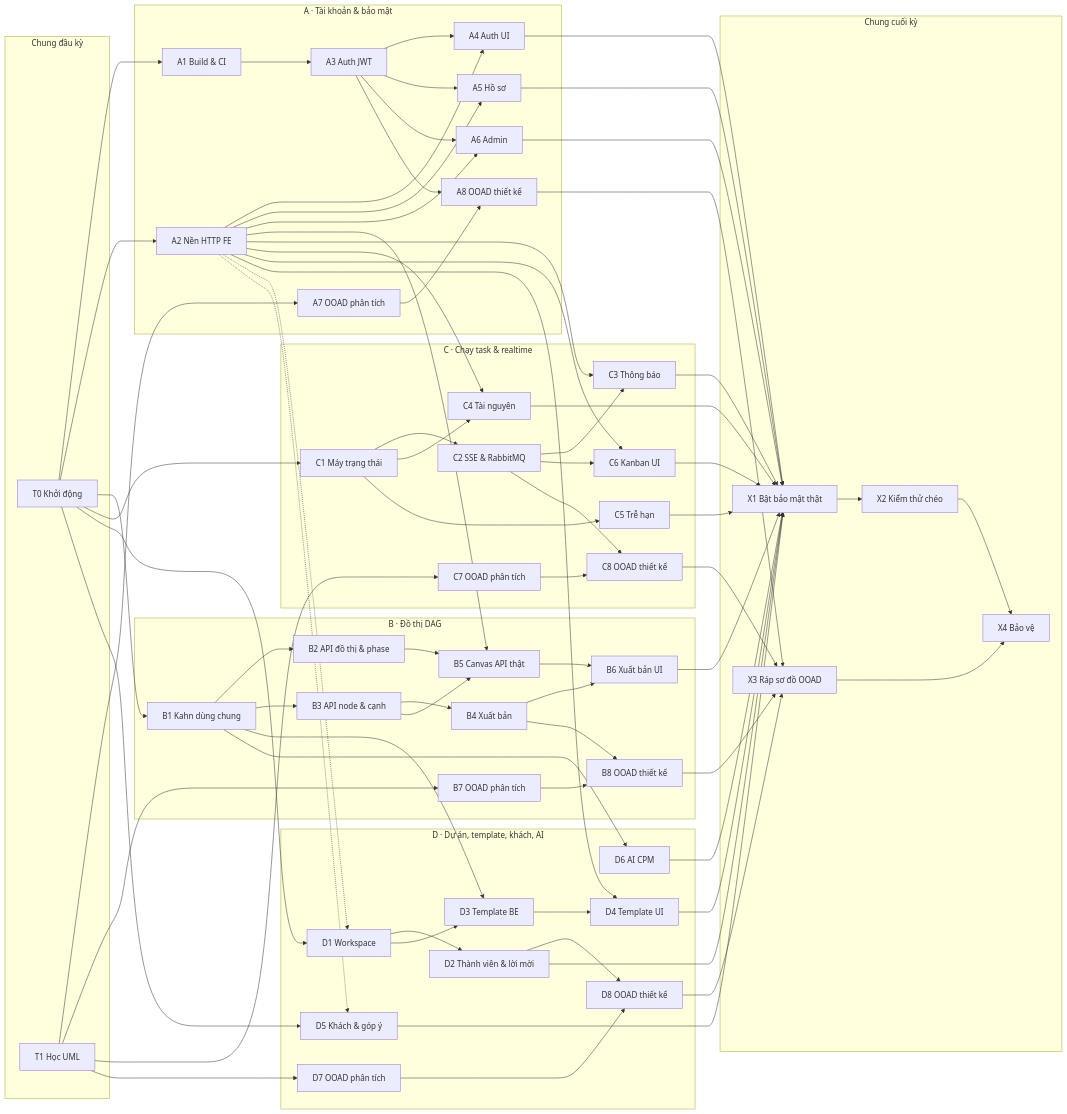
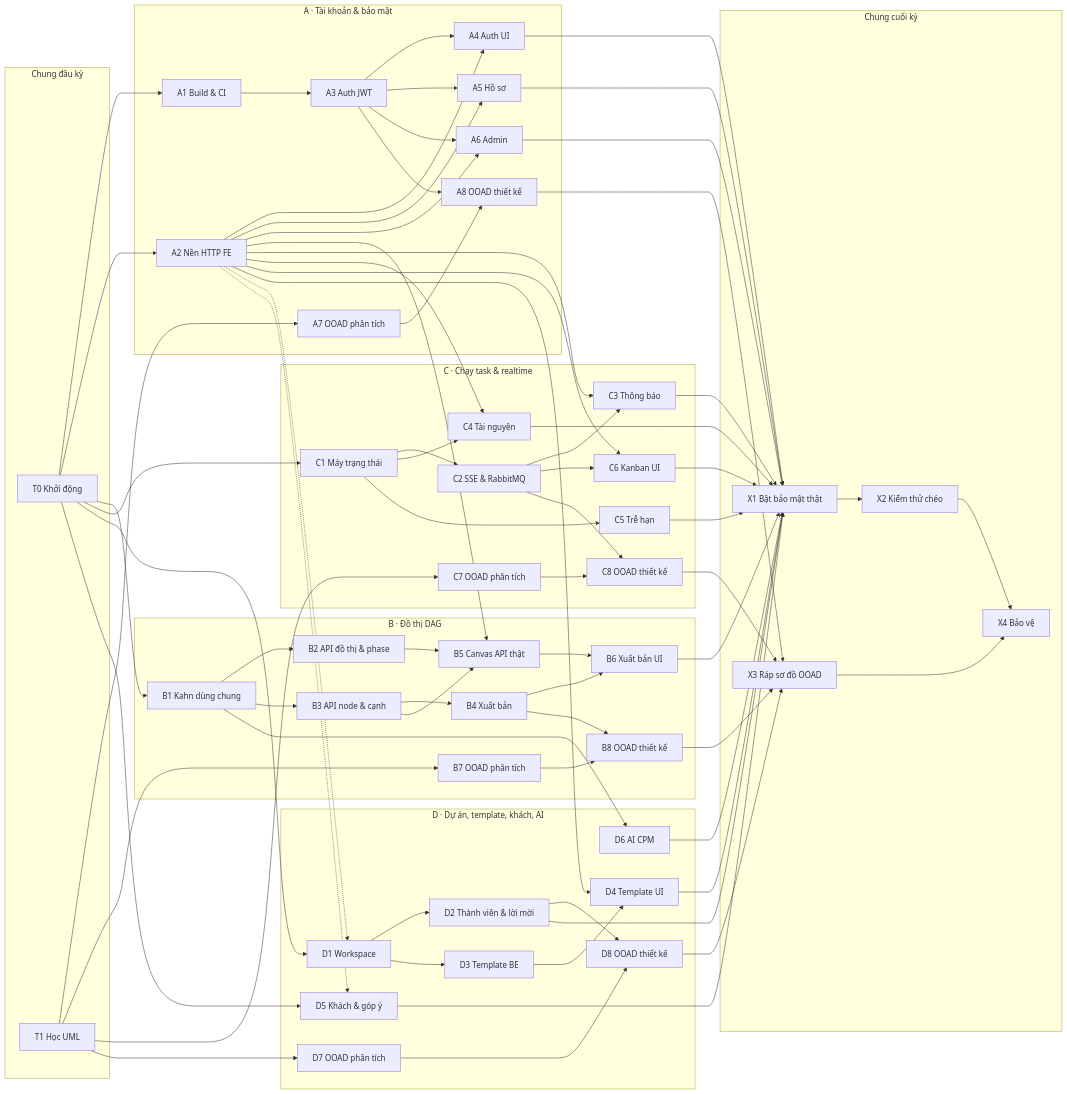
Before and after one commit to ThanhThien-coder/Workflow-Pipeline-Engine: the diagram in docs/tasks/README.md, drawn with Mermaid. The commit also changed other lines of this file and 5 other files, not shown here.

````diff
--- a/docs/tasks/README.md
+++ b/docs/tasks/README.md
@@ -98,78 +98,78 @@
 ```mermaid
 flowchart LR
   subgraph CHUNG["Chung đầu kỳ"]
     T0["T0 Khởi động"]
     T1["T1 Học UML"]
   end
   subgraph SA["A · Tài khoản & bảo mật"]
     A1["A1 Build & CI"]
     A2["A2 Nền HTTP FE"]
     A3["A3 Auth JWT"]
     A4["A4 Auth UI"]
     A5["A5 Hồ sơ"]
     A6["A6 Admin"]
     A7["A7 OOAD phân tích"]
     A8["A8 OOAD thiết kế"]
   end
   subgraph SB["B · Đồ thị DAG"]
     B1["B1 Kahn dùng chung"]
     B2["B2 API đồ thị & phase"]
     B3["B3 API node & cạnh"]
     B4["B4 Xuất bản"]
     B5["B5 Canvas API thật"]
     B6["B6 Xuất bản UI"]
     B7["B7 OOAD phân tích"]
     B8["B8 OOAD thiết kế"]
   end
   subgraph SC["C · Chạy task & realtime"]
     C1["C1 Máy trạng thái"]
     C2["C2 SSE & RabbitMQ"]
     C3["C3 Thông báo"]
     C4["C4 Tài nguyên"]
     C5["C5 Trễ hạn"]
     C6["C6 Kanban UI"]
     C7["C7 OOAD phân tích"]
     C8["C8 OOAD thiết kế"]
   end
   subgraph SD["D · Dự án, template, khách, AI"]
     D1["D1 Workspace"]
     D2["D2 Thành viên & lời mời"]
     D3["D3 Template BE"]
     D4["D4 Template UI"]
     D5["D5 Khách & góp ý"]
     D6["D6 AI CPM"]
     D7["D7 OOAD phân tích"]
     D8["D8 OOAD thiết kế"]
   end
   subgraph CUOI["Chung cuối kỳ"]
     X1["X1 Bật bảo mật thật"]
     X2["X2 Kiểm thử chéo"]
     X3["X3 Ráp sơ đồ OOAD"]
     X4["X4 Bảo vệ"]
   end
 
   T0 --> A1 & A2 & B1 & C1 & D1 & D5
   T1 --> A7 & B7 & C7 & D7
   A1 --> A3
   A2 --> A4 & A5 & A6 & B5 & C3 & C4 & C6 & D4
   A2 -.-> D1 & D5
   A3 --> A4 & A5 & A6 & A8
   A7 --> A8
-  B1 --> B2 & B3 & D3 & D6
+  B1 --> B2 & B3 & D6
   B2 --> B5
   B3 --> B4 & B5
   B4 --> B6 & B8
   B5 --> B6
   B7 --> B8
   C1 --> C2 & C4 & C5
   C2 --> C3 & C6 & C8
   C7 --> C8
   D1 --> D2 & D3
   D2 --> D8
   D3 --> D4
   D7 --> D8
   A4 & A5 & A6 & B6 & C3 & C4 & C5 & C6 & D2 & D4 & D5 & D6 --> X1
   X1 --> X2
   A8 & B8 & C8 & D8 --> X3
   X2 & X3 --> X4
 ```
````
